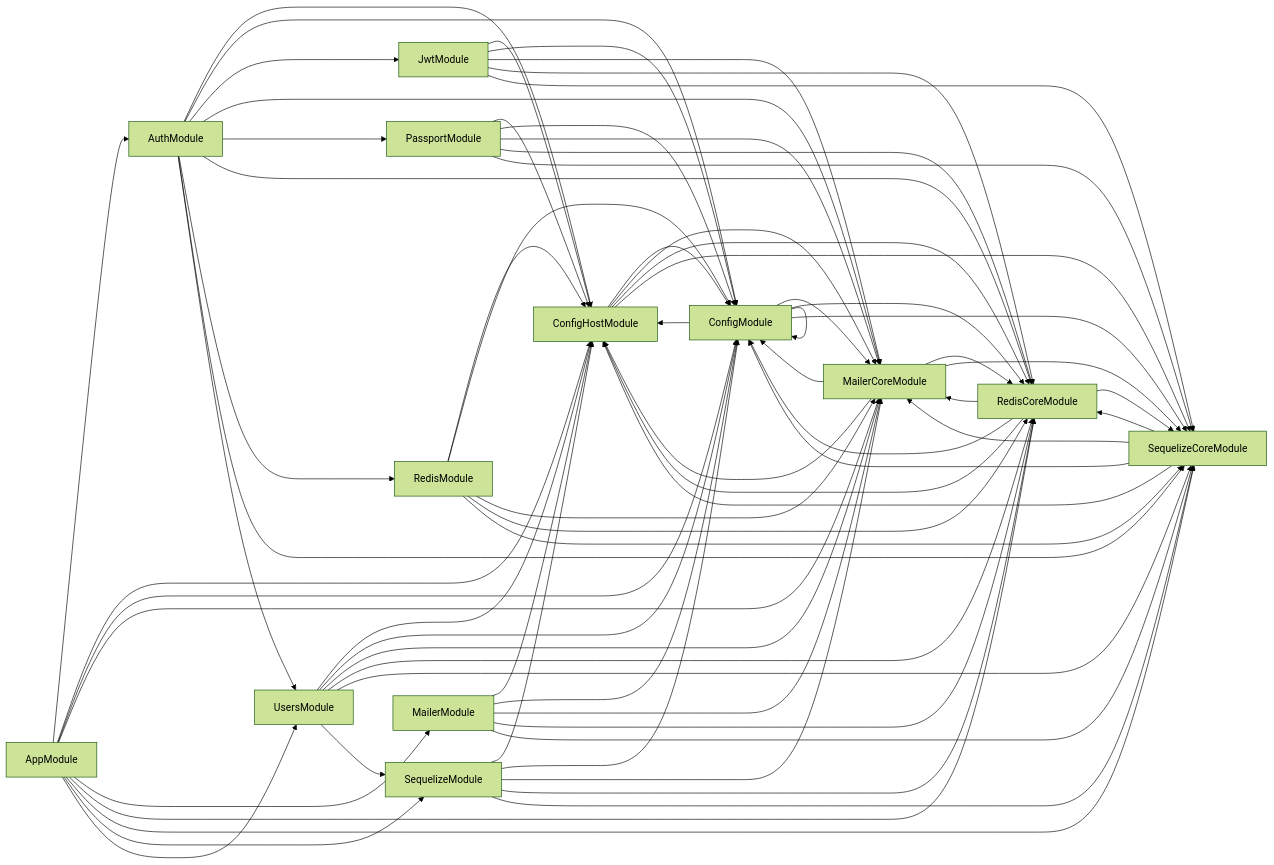
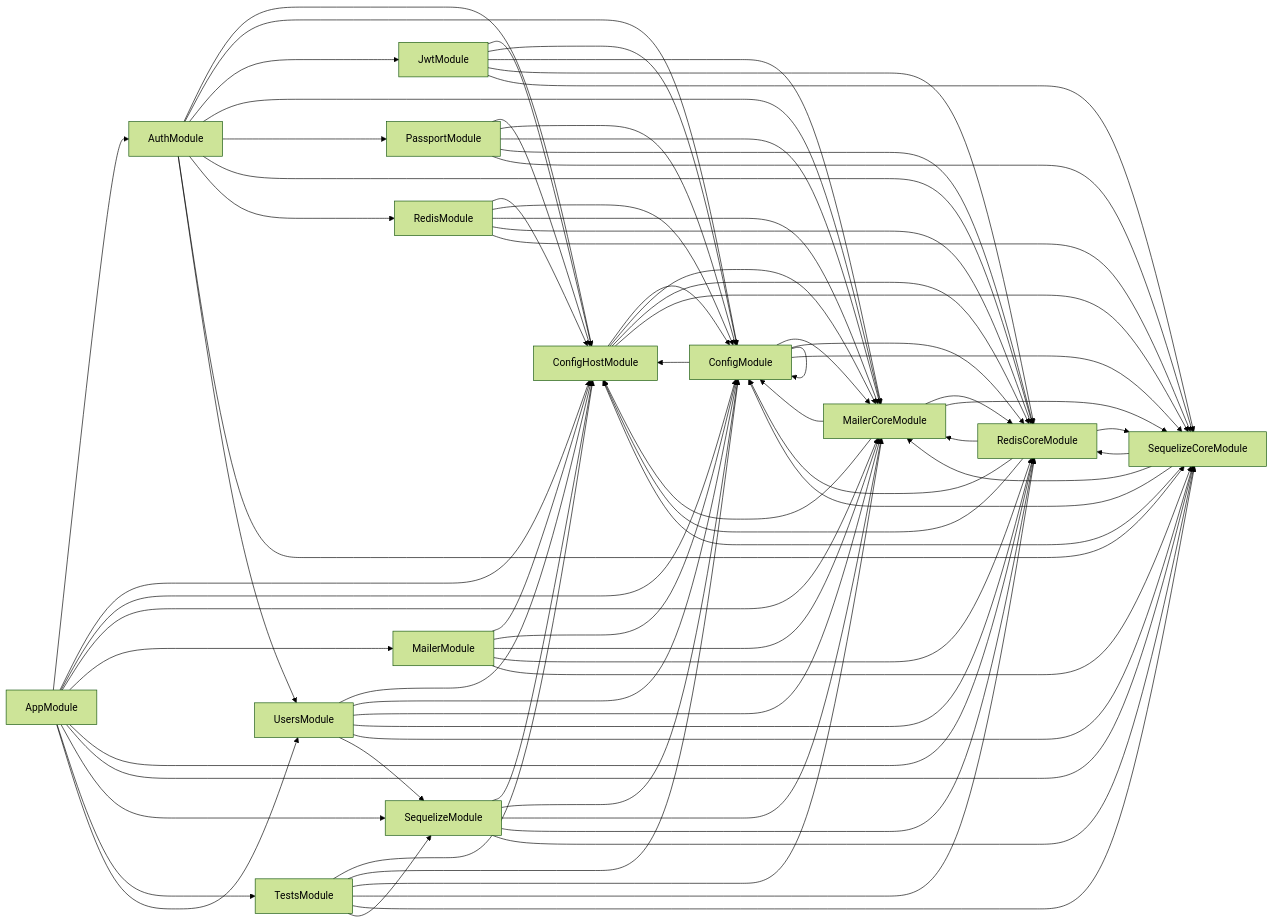
One commit to tiawai/csc13010-tiawai-server changed the diagram in deps.mermaid. Above: the diagram before and after it, drawn with Mermaid (forest theme). The commit also changed 24 other files, not shown here.

```diff
--- a/deps.mermaid
+++ b/deps.mermaid
@@ -1,71 +1,78 @@
 graph LR
     AppModule-->AuthModule
   AppModule-->ConfigHostModule
   AppModule-->ConfigModule
   AppModule-->MailerCoreModule
   AppModule-->MailerModule
   AppModule-->RedisCoreModule
   AppModule-->SequelizeCoreModule
   AppModule-->SequelizeModule
+  AppModule-->TestsModule
   AppModule-->UsersModule
   AuthModule-->ConfigHostModule
   AuthModule-->ConfigModule
   AuthModule-->JwtModule
   AuthModule-->MailerCoreModule
   AuthModule-->PassportModule
   AuthModule-->RedisCoreModule
   AuthModule-->RedisModule
   AuthModule-->SequelizeCoreModule
   AuthModule-->UsersModule
   ConfigHostModule-->ConfigModule
   ConfigHostModule-->MailerCoreModule
   ConfigHostModule-->RedisCoreModule
   ConfigHostModule-->SequelizeCoreModule
   ConfigModule-->ConfigHostModule
   ConfigModule-->ConfigModule
   ConfigModule-->MailerCoreModule
   ConfigModule-->RedisCoreModule
   ConfigModule-->SequelizeCoreModule
   JwtModule-->ConfigHostModule
   JwtModule-->ConfigModule
   JwtModule-->MailerCoreModule
   JwtModule-->RedisCoreModule
   JwtModule-->SequelizeCoreModule
   MailerCoreModule-->ConfigHostModule
   MailerCoreModule-->ConfigModule
   MailerCoreModule-->RedisCoreModule
   MailerCoreModule-->SequelizeCoreModule
   MailerModule-->ConfigHostModule
   MailerModule-->ConfigModule
   MailerModule-->MailerCoreModule
   MailerModule-->RedisCoreModule
   MailerModule-->SequelizeCoreModule
   PassportModule-->ConfigHostModule
   PassportModule-->ConfigModule
   PassportModule-->MailerCoreModule
   PassportModule-->RedisCoreModule
   PassportModule-->SequelizeCoreModule
   RedisCoreModule-->ConfigHostModule
   RedisCoreModule-->ConfigModule
   RedisCoreModule-->MailerCoreModule
   RedisCoreModule-->SequelizeCoreModule
   RedisModule-->ConfigHostModule
   RedisModule-->ConfigModule
   RedisModule-->MailerCoreModule
   RedisModule-->RedisCoreModule
   RedisModule-->SequelizeCoreModule
   SequelizeCoreModule-->ConfigHostModule
   SequelizeCoreModule-->ConfigModule
   SequelizeCoreModule-->MailerCoreModule
   SequelizeCoreModule-->RedisCoreModule
   SequelizeModule-->ConfigHostModule
   SequelizeModule-->ConfigModule
   SequelizeModule-->MailerCoreModule
   SequelizeModule-->RedisCoreModule
   SequelizeModule-->SequelizeCoreModule
+  TestsModule-->ConfigHostModule
+  TestsModule-->ConfigModule
+  TestsModule-->MailerCoreModule
+  TestsModule-->RedisCoreModule
+  TestsModule-->SequelizeCoreModule
+  TestsModule-->SequelizeModule
   UsersModule-->ConfigHostModule
   UsersModule-->ConfigModule
   UsersModule-->MailerCoreModule
   UsersModule-->RedisCoreModule
   UsersModule-->SequelizeCoreModule
   UsersModule-->SequelizeModule
```
